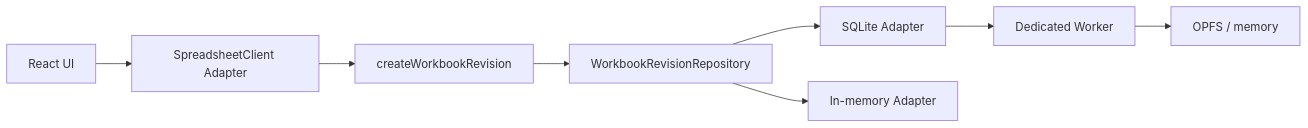
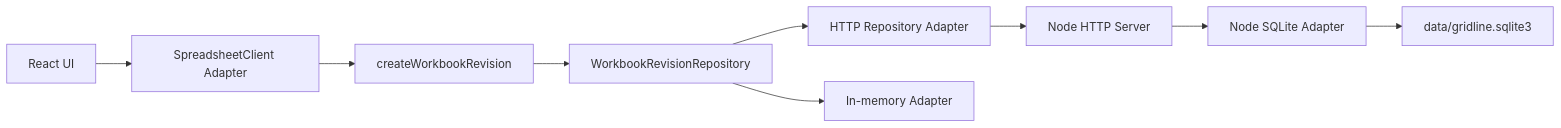
One commit to ryofuu/my-excel-app changed the first of 3 diagrams in docs/learning/04-persistence-and-concurrency.md. Above: the diagram before and after it, drawn with Mermaid. The commit also changed other lines of this file and 37 other files, not shown here.

Commit message:
refactor: move SQLite persistence to server

````diff
--- a/docs/learning/04-persistence-and-concurrency.md
+++ b/docs/learning/04-persistence-and-concurrency.md
@@ -33,10 +33,11 @@
 ```mermaid
 flowchart LR
   UI["React UI"] --> Client["SpreadsheetClient Adapter"]
   Client --> UseCase["createWorkbookRevision"]
   UseCase --> Port["WorkbookRevisionRepository"]
-  Port --> SQLite["SQLite Adapter"]
+  Port --> HTTP["HTTP Repository Adapter"]
   Port --> Memory["In-memory Adapter"]
-  SQLite --> Worker["Dedicated Worker"]
-  Worker --> OPFS["OPFS / memory"]
+  HTTP --> Server["Node HTTP Server"]
+  Server --> SQLite["Node SQLite Adapter"]
+  SQLite --> File["data/gridline.sqlite3"]
 ```
````
